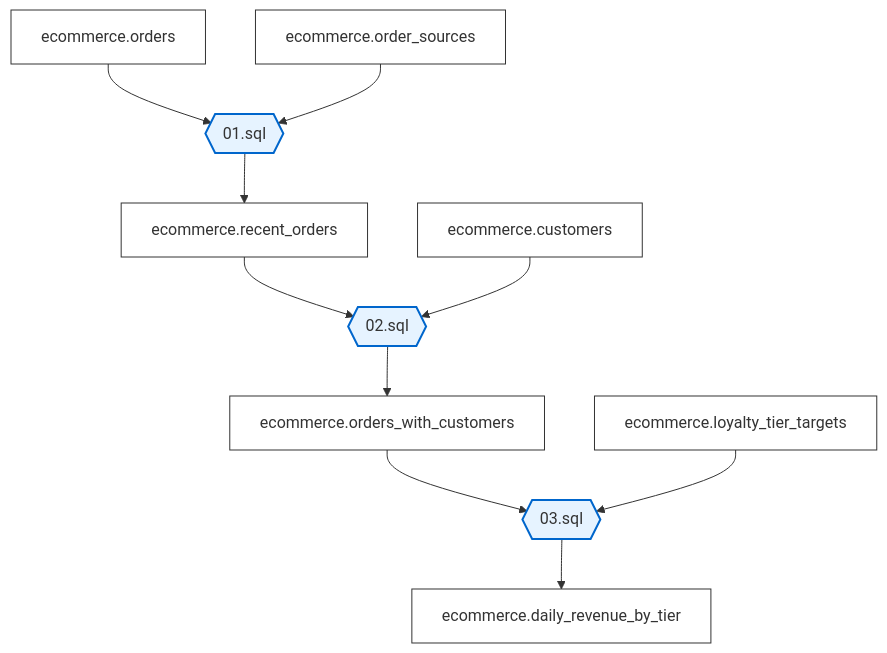
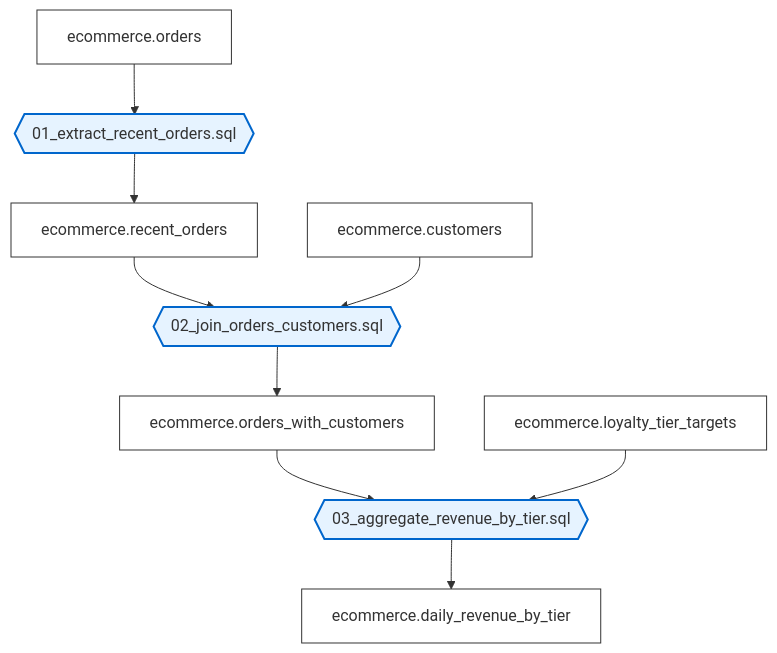
Before and after one commit to ashrithssreddy/github-actions-mermaid-charts: the diagram in docs/data_flow.mmd, drawn with Mermaid. The commit also changed 5 other files, not shown here.

```diff
--- a/docs/data_flow.mmd
+++ b/docs/data_flow.mmd
@@ -1,39 +1,36 @@
 flowchart TD
   ecommerce_orders[ecommerce.orders]
   ecommerce_customers[ecommerce.customers]
-  ecommerce_order_sources[ecommerce.order_sources]
 
-  sql_01{{01.sql}}
+  sql_01{{01_extract_recent_orders.sql}}
 
   ecommerce_recent_orders[ecommerce.recent_orders]
 
-  sql_02{{02.sql}}
+  sql_02{{02_join_orders_customers.sql}}
 
   ecommerce_orders_with_customers[ecommerce.orders_with_customers]
 
-  sql_03{{03.sql}}
+  sql_03{{03_aggregate_revenue_by_tier.sql}}
 
   ecommerce_daily_revenue_by_tier[ecommerce.daily_revenue_by_tier]
   ecommerce_loyalty_tier_targets[ecommerce.loyalty_tier_targets]
 
   ecommerce_orders --> sql_01
-  ecommerce_order_sources --> sql_01
   sql_01 --> ecommerce_recent_orders
   ecommerce_recent_orders --> sql_02
   ecommerce_customers --> sql_02
   sql_02 --> ecommerce_orders_with_customers
   ecommerce_orders_with_customers --> sql_03
   ecommerce_loyalty_tier_targets --> sql_03
   sql_03 --> ecommerce_daily_revenue_by_tier
 
   style sql_01 fill:#e6f3ff,stroke:#0066cc,stroke-width:2px
   style sql_02 fill:#e6f3ff,stroke:#0066cc,stroke-width:2px
   style sql_03 fill:#e6f3ff,stroke:#0066cc,stroke-width:2px
 
   style ecommerce_orders fill:#ffffff,stroke:#333333,stroke-width:1px
   style ecommerce_customers fill:#ffffff,stroke:#333333,stroke-width:1px
-  style ecommerce_order_sources fill:#ffffff,stroke:#333333,stroke-width:1px
   style ecommerce_recent_orders fill:#ffffff,stroke:#333333,stroke-width:1px
   style ecommerce_orders_with_customers fill:#ffffff,stroke:#333333,stroke-width:1px
   style ecommerce_daily_revenue_by_tier fill:#ffffff,stroke:#333333,stroke-width:1px
   style ecommerce_loyalty_tier_targets fill:#ffffff,stroke:#333333,stroke-width:1px
```
